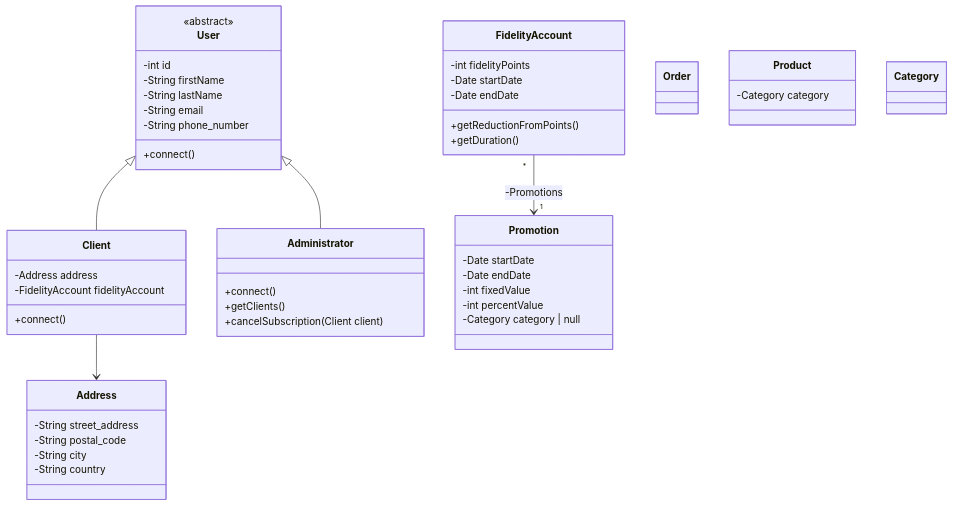
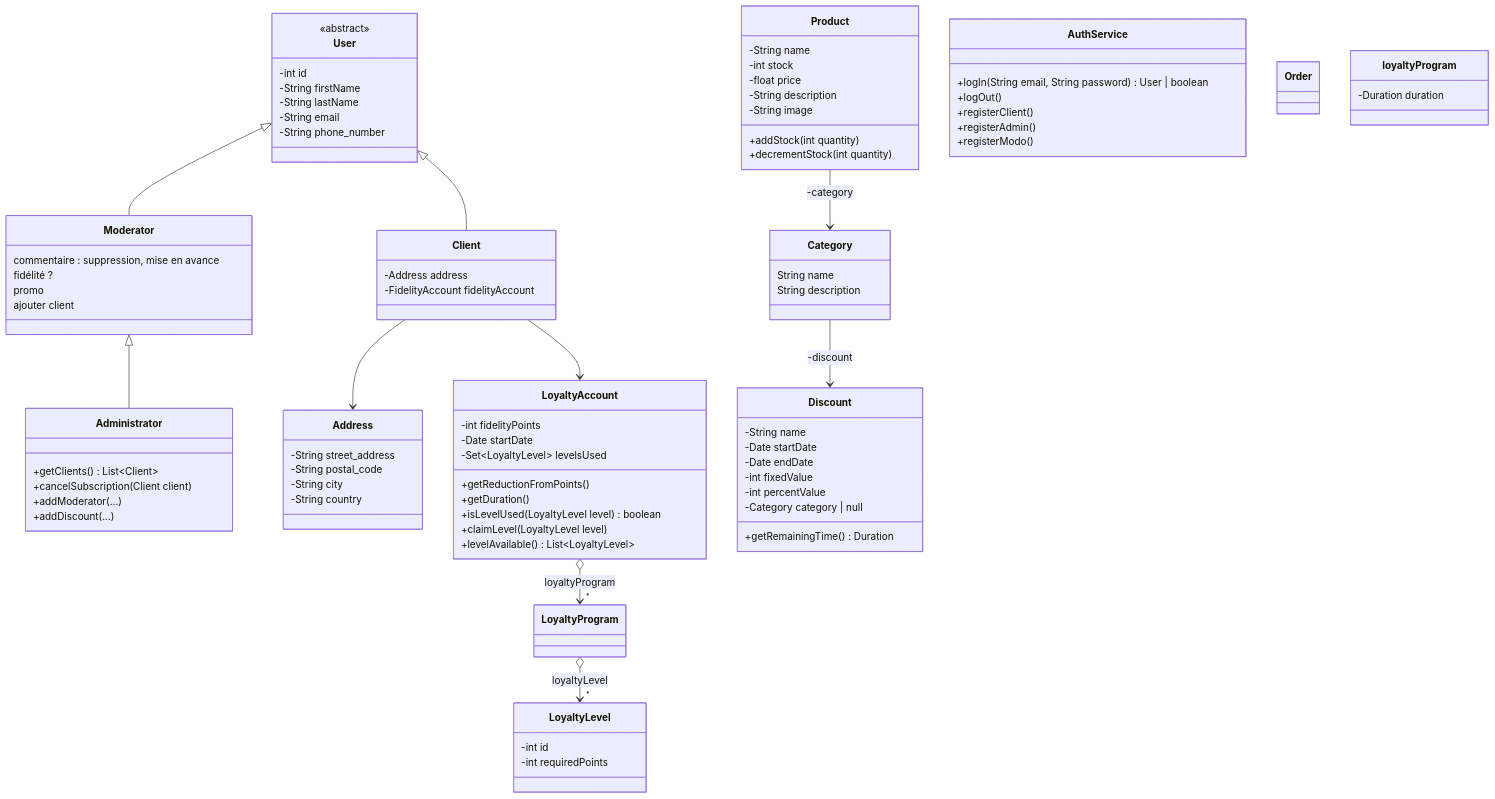
Before and after one commit to RobinMeneust/J2EE_school_project: the diagram in archi/classDiagram.md, drawn with Mermaid.

````diff
--- a/archi/classDiagram.md
+++ b/archi/classDiagram.md
@@ -3,30 +3,53 @@
 ```mermaid
 classDiagram
     User <|-- Client
-    User <|-- Administrator
+    User <|-- Moderator
+    Moderator <|-- Administrator
     Client --> Address
-    FidelityAccount "*" --> "1" Promotion : -Promotions
-    
-    class User{
+    Client --> LoyaltyAccount
+    %%LoyaltyAccount "*" --> "1" Discount : -discounts%%
+    Product --> Category : -category
+    Category --> Discount : -discount
+    LoyaltyAccount o--> "*" LoyaltyProgram : loyaltyProgram
+    LoyaltyProgram o--> "*" LoyaltyLevel : loyaltyLevel
+
+
+
+
+class User{
         <<abstract>>
         -int id
         -String firstName
         -String lastName
         -String email
         -String phone_number
-        +connect()
     }
     
     class Client{
         -Address address
         -FidelityAccount fidelityAccount
-        +connect()
     }
     
     class Administrator{
-        +connect()
-        +getClients()
+        +getClients() List~Client~
         +cancelSubscription(Client client)
+        +addModerator(...)
+        +addDiscount(...)
+    }
+    
+    class Moderator{
+        commentaire : suppression, mise en avance
+        fidélité ?
+        promo
+        ajouter client
+    }
+    
+    class AuthService{
+        +logIn(String email, String password) User | boolean
+        +logOut()
+        +registerClient()
+        +registerAdmin()
+        +registerModo()
     }
     
     class Address{
@@ -40,29 +63,49 @@
         
     }
     
-    class FidelityAccount{
+    class LoyaltyAccount{
         -int fidelityPoints
         -Date startDate
-        -Date endDate
+        -Set~LoyaltyLevel~ levelsUsed
         +getReductionFromPoints()
         +getDuration()
+        +isLevelUsed(LoyaltyLevel level) boolean
+        +claimLevel(LoyaltyLevel level)
+        +levelAvailable() List~LoyaltyLevel~
     }
     
-    class Promotion{
+    class LoyaltyLevel{
+        -int id
+        -int requiredPoints
+    }
+    
+    class loyaltyProgram{
+        -Duration duration    
+    }  
+    
+    class Discount{
+        -String name
         -Date startDate
         -Date endDate
         -int fixedValue
         -int percentValue
         -Category category | null
+        +getRemainingTime() Duration
     }
     
     class Product{
-        -Category category
-        
+        -String name
+        -int stock
+        -float price
+        -String description
+        -String image
+        +addStock(int quantity)
+        +decrementStock(int quantity)
     }
     
     class Category{
-        
+        String name
+        String description
     }
     
     
````
